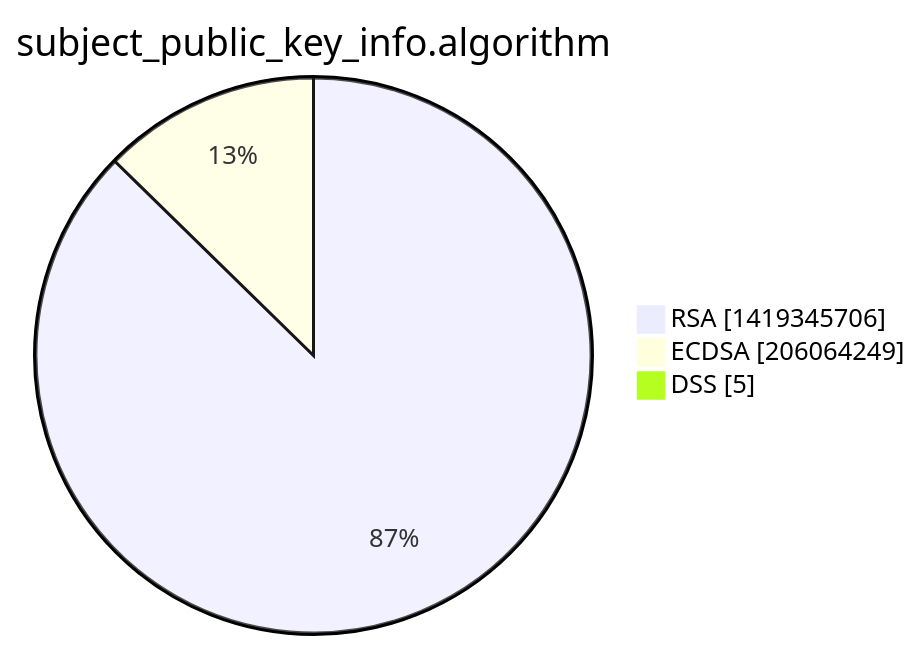
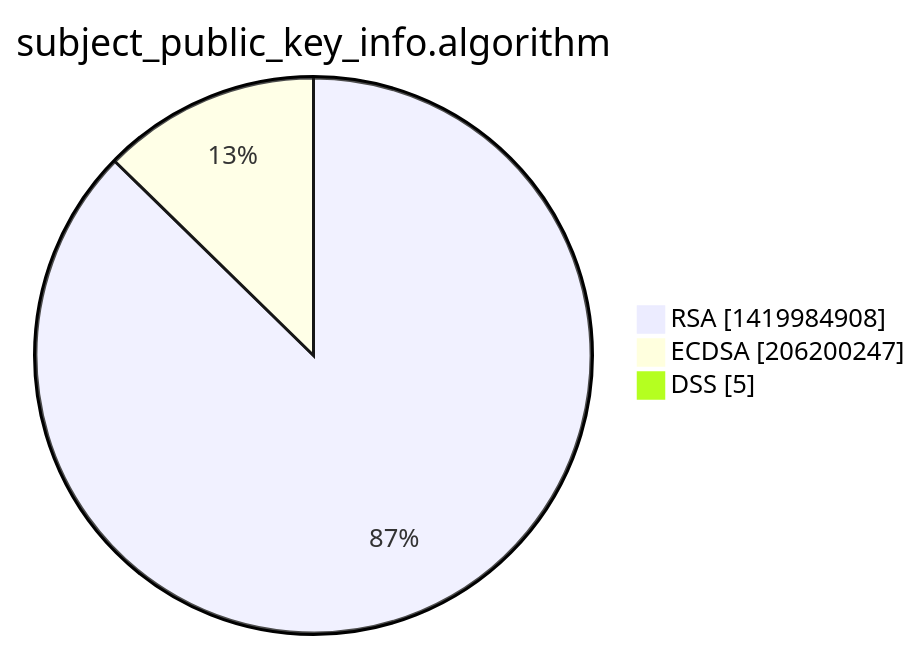
The third of 15 diagrams in xenon2022/README.md (christiankrug/ctmonitor_visualization), drawn with Mermaid before and after one commit. The commit also changed other lines of this file, not shown here.

````diff
--- a/xenon2022/README.md
+++ b/xenon2022/README.md
@@ -14,7 +14,7 @@
 ```mermaid
 pie showData
 title subject_public_key_info.algorithm
-"RSA" :1419345706
-"ECDSA" :206064249
+"RSA" :1419984908
+"ECDSA" :206200247
 "DSS" :5
 ```
````
